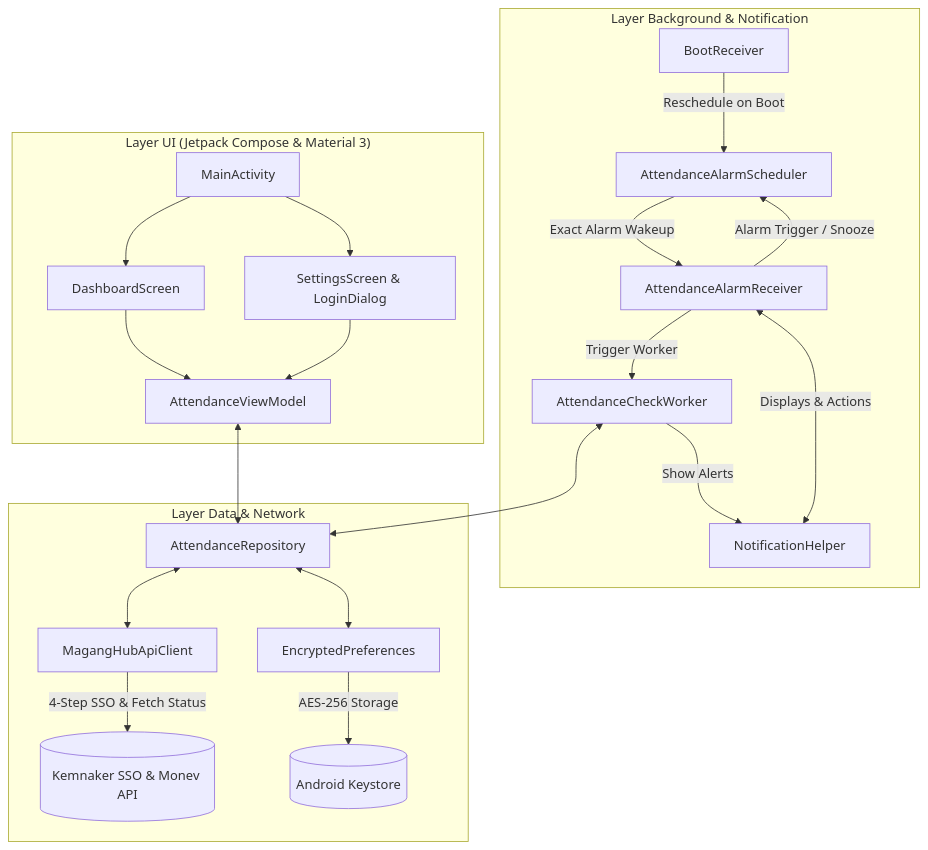
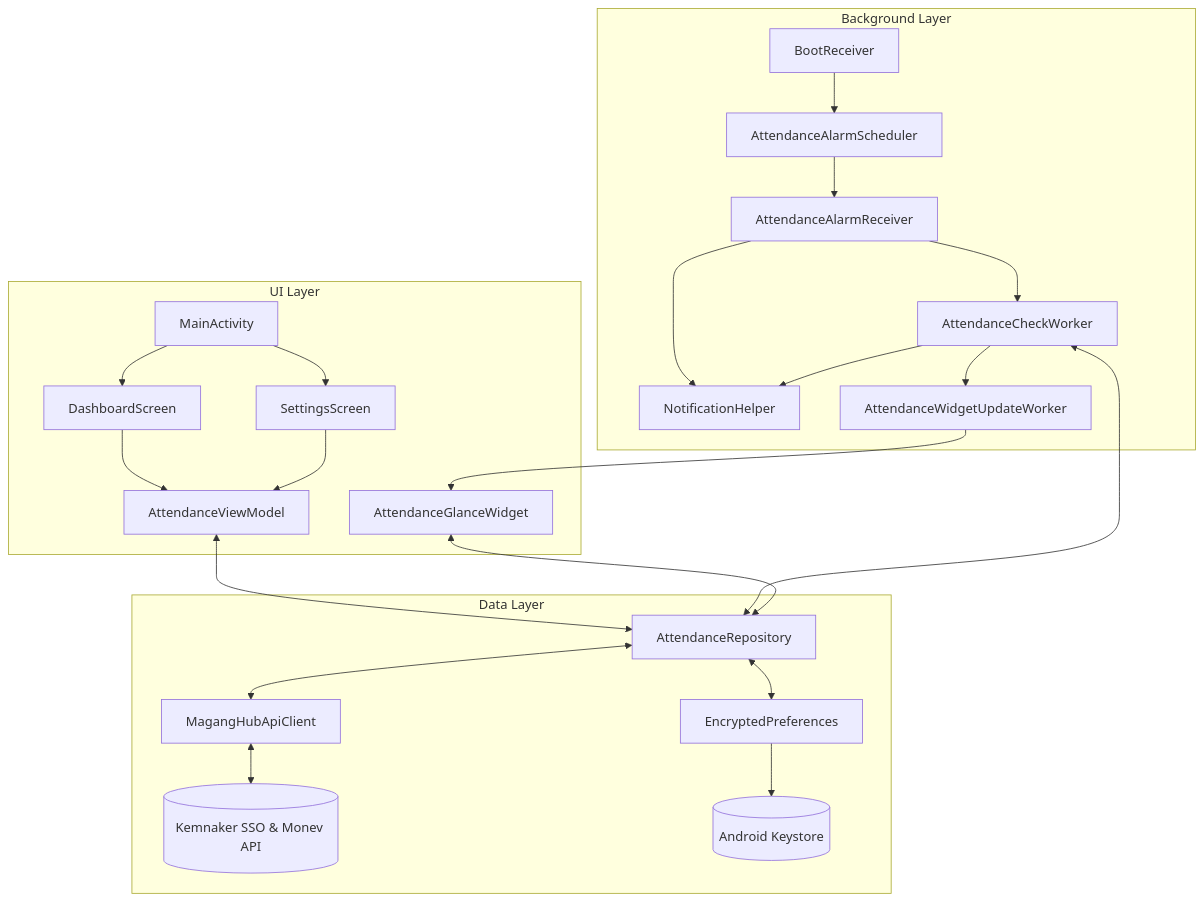
One commit to Churma16/maganghub-android changed the diagram in README.md. Above: the diagram before and after it, drawn with Mermaid. The commit also changed other lines of this file and 5 other files, not shown here.

````diff
--- a/README.md
+++ b/README.md
@@ -79,27 +185,45 @@
 ```mermaid
 flowchart TD
-    subgraph UI ["Layer UI (Jetpack Compose & Material 3)"]
-        A[MainActivity] --> B[DashboardScreen]
-        A --> C[SettingsScreen & LoginDialog]
-        B --> D[AttendanceViewModel]
+    subgraph UI["UI Layer"]
+        A[MainActivity]
+        B[DashboardScreen]
+        C[SettingsScreen]
+        D[AttendanceViewModel]
+        W[AttendanceGlanceWidget]
+        A --> B
+        A --> C
+        B --> D
         C --> D
     end
 
-    subgraph Background ["Layer Background & Notification"]
-        E[BootReceiver] -->|Reschedule on Boot| G[AttendanceAlarmScheduler]
-        F[AttendanceAlarmReceiver] -->|Alarm Trigger / Snooze| G
-        G -->|Exact Alarm Wakeup| F
-        F -->|Trigger Worker| H[AttendanceCheckWorker]
-        I[NotificationHelper] <-- Displays & Actions --> F
-        H -->|Show Alerts| I
+    subgraph Background["Background Layer"]
+        E[BootReceiver]
+        F[AttendanceAlarmReceiver]
+        G[AttendanceAlarmScheduler]
+        H[AttendanceCheckWorker]
+        I[NotificationHelper]
+        J[AttendanceWidgetUpdateWorker]
+        E --> G
+        G --> F
+        F --> H
+        F --> I
+        H --> I
+        H --> J
+        J --> W
     end
 
-    subgraph Data ["Layer Data & Network"]
-        D <--> J[AttendanceRepository]
-        H <--> J
-        J <--> K[MagangHubApiClient]
-        J <--> L[EncryptedPreferences]
-        K -->|4-Step SSO & Fetch Status| M[(Kemnaker SSO & Monev API)]
-        L -->|AES-256 Storage| N[(Android Keystore)]
+    subgraph Data["Data Layer"]
+        K[AttendanceRepository]
+        L[MagangHubApiClient]
+        M[EncryptedPreferences]
+        N[(Kemnaker SSO & Monev API)]
+        O[(Android Keystore)]
+        D <--> K
+        H <--> K
+        W <--> K
+        K <--> L
+        K <--> M
+        L <--> N
+        M --> O
     end
 ```
````
